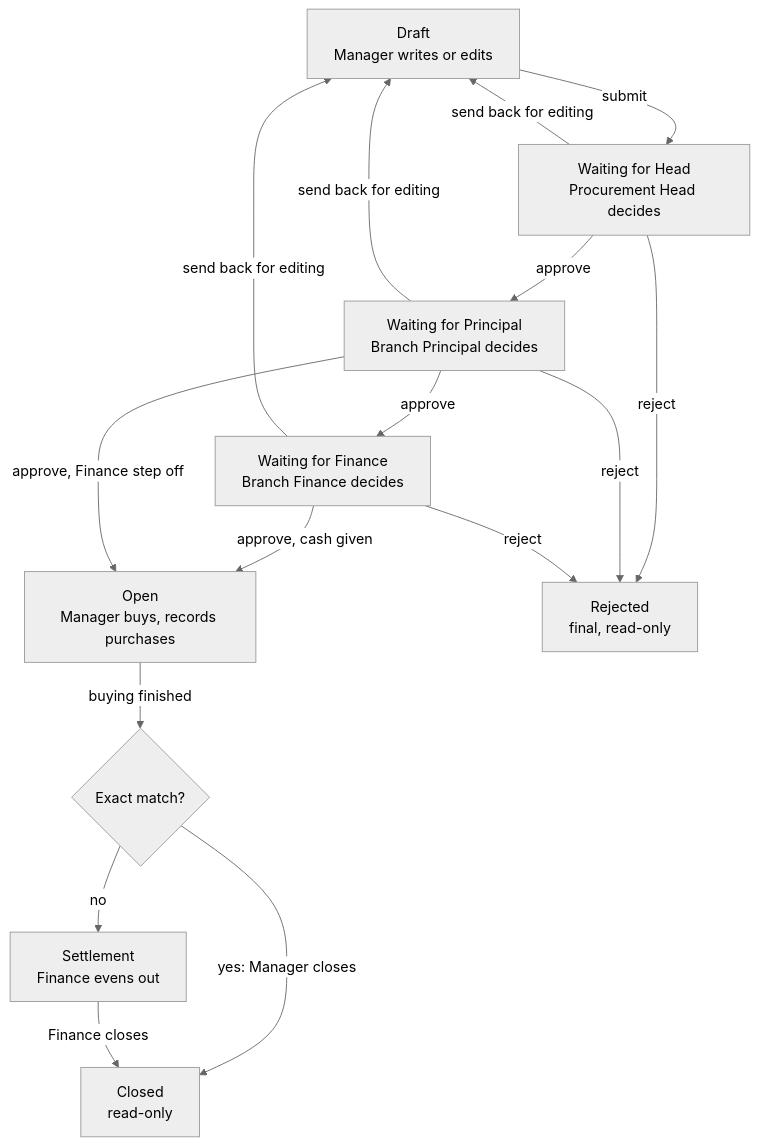
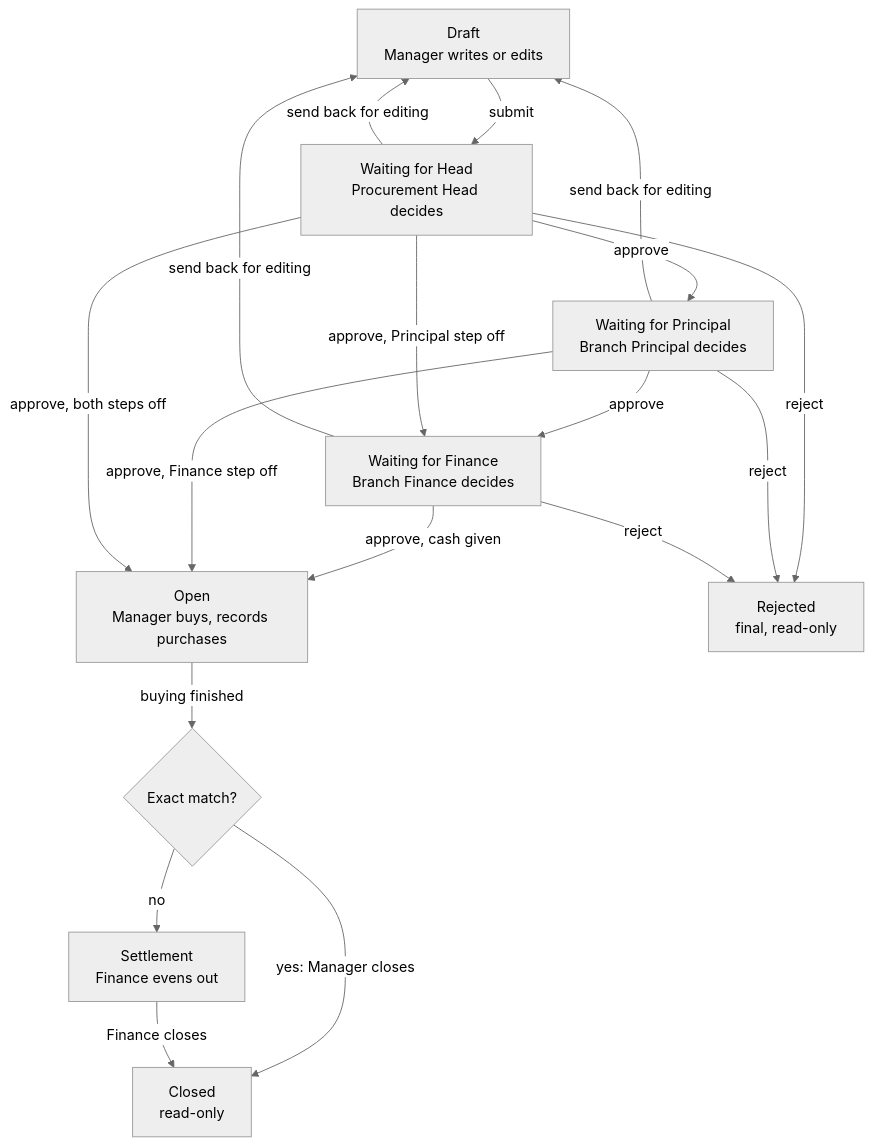
Before and after one commit to sodiqschoolapp/procurement: the diagram in docs/spec/06-approval-workflow.md, drawn with Mermaid (neutral theme). The commit also changed other lines of this file and 16 other files, not shown here.

First line of the commit message:
Spec change: the Head can switch the Principal step off

````diff
--- a/docs/spec/06-approval-workflow.md
+++ b/docs/spec/06-approval-workflow.md
@@ -8,18 +8,20 @@
 ```mermaid
 flowchart TD
   DRAFT["Draft<br/>Manager writes or edits"] -->|submit| PH["Waiting for Head<br/>Procurement Head decides"]
   PH -->|approve| PP["Waiting for Principal<br/>Branch Principal decides"]
   PP -->|approve| PF["Waiting for Finance<br/>Branch Finance decides"]
   PF -->|approve, cash given| OPEN["Open<br/>Manager buys, records purchases"]
   PP -->|approve, Finance step off| OPEN
+  PH -->|approve, Principal step off| PF
+  PH -->|approve, both steps off| OPEN
   OPEN -->|buying finished| Q{"Exact match?"}
   Q -->|yes: Manager closes| CLOSED["Closed<br/>read-only"]
   Q -->|no| SET["Settlement<br/>Finance evens out"]
   SET -->|Finance closes| CLOSED
   PH -->|send back for editing| DRAFT
   PP -->|send back for editing| DRAFT
   PF -->|send back for editing| DRAFT
   PH -->|reject| REJ["Rejected<br/>final, read-only"]
   PP -->|reject| REJ
   PF -->|reject| REJ
 ```
````
